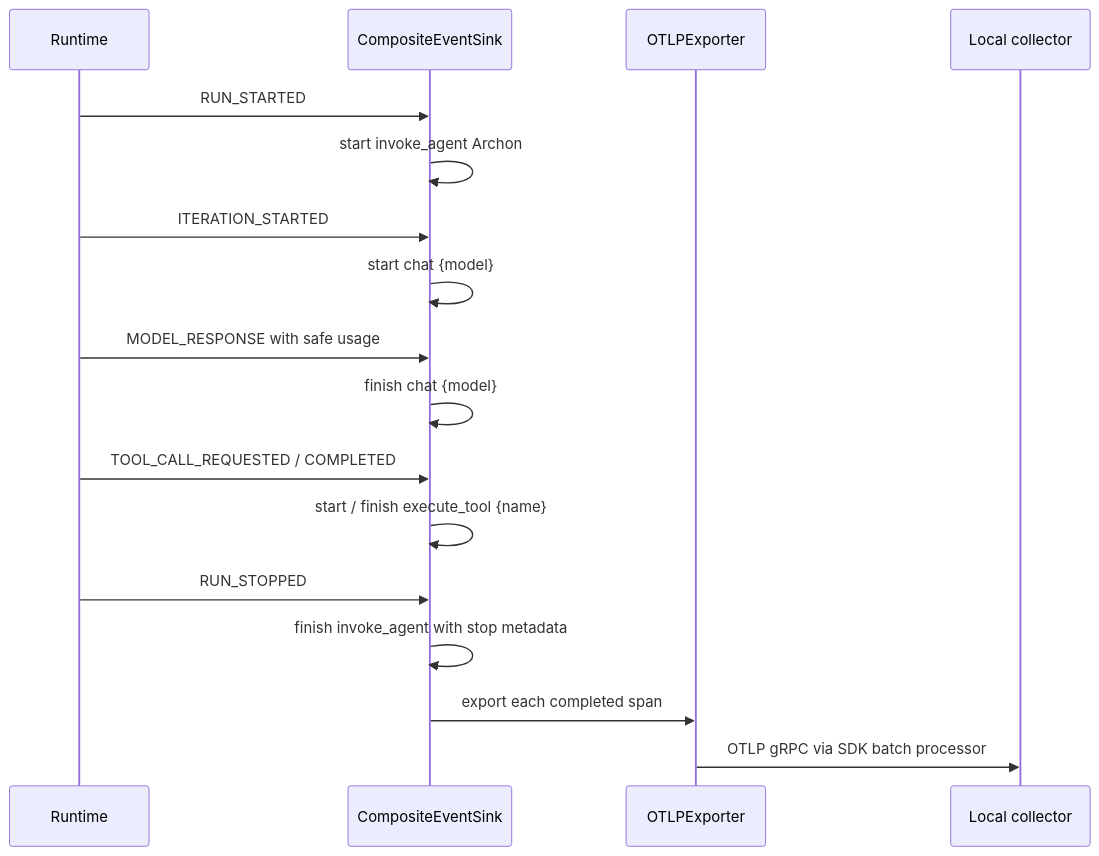
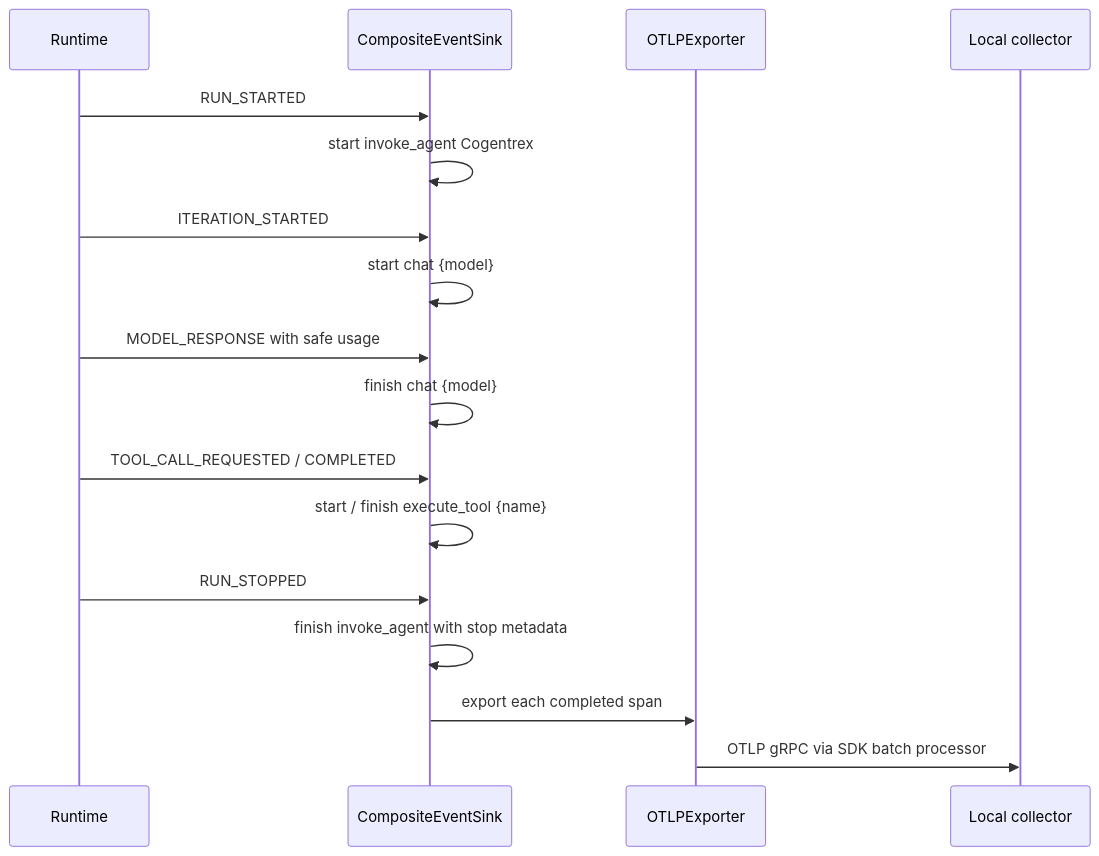
The second of 3 diagrams in docs/course/concepts/tracing-opentelemetry.md (levalencia/archon), drawn with Mermaid before and after one commit. The commit also changed other lines of this file and 414 other files, not shown here.

First line of the commit message:
feat: rebrand Archon as Cogentrex

````diff
--- a/docs/course/concepts/tracing-opentelemetry.md
+++ b/docs/course/concepts/tracing-opentelemetry.md
@@ -61,19 +61,19 @@
 ```mermaid
 sequenceDiagram
     participant R as Runtime
     participant S as CompositeEventSink
     participant X as OTLPExporter
     participant C as Local collector
     R->>S: RUN_STARTED
-    S->>S: start invoke_agent Archon
+    S->>S: start invoke_agent Cogentrex
     R->>S: ITERATION_STARTED
     S->>S: start chat {model}
     R->>S: MODEL_RESPONSE with safe usage
     S->>S: finish chat {model}
     R->>S: TOOL_CALL_REQUESTED / COMPLETED
     S->>S: start / finish execute_tool {name}
     R->>S: RUN_STOPPED
     S->>S: finish invoke_agent with stop metadata
     S->>X: export each completed span
     X->>C: OTLP gRPC via SDK batch processor
 ```
````
